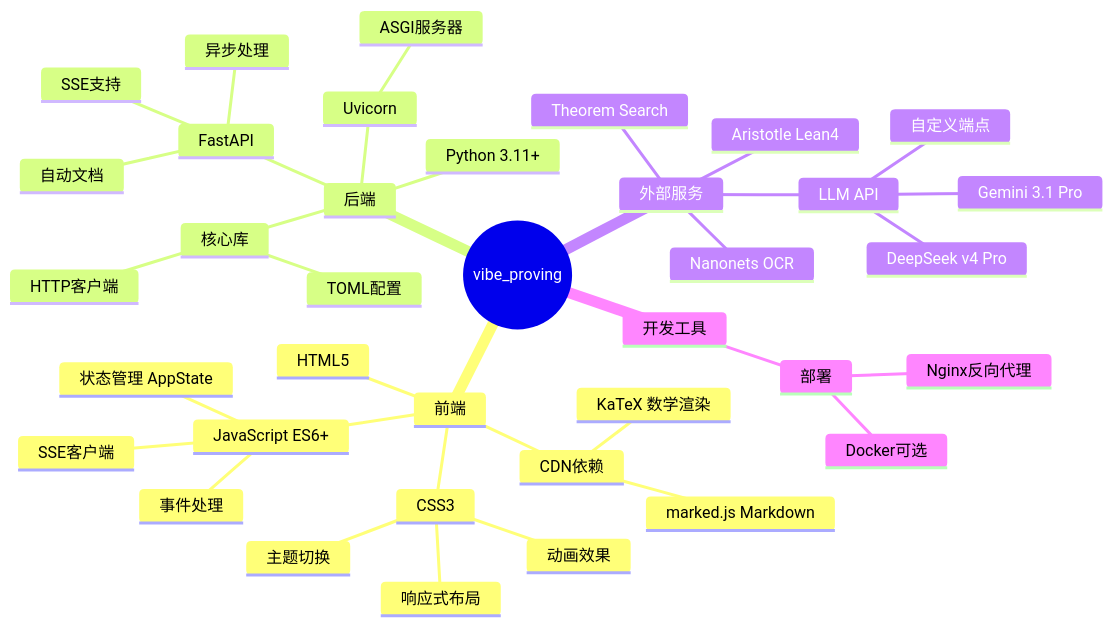
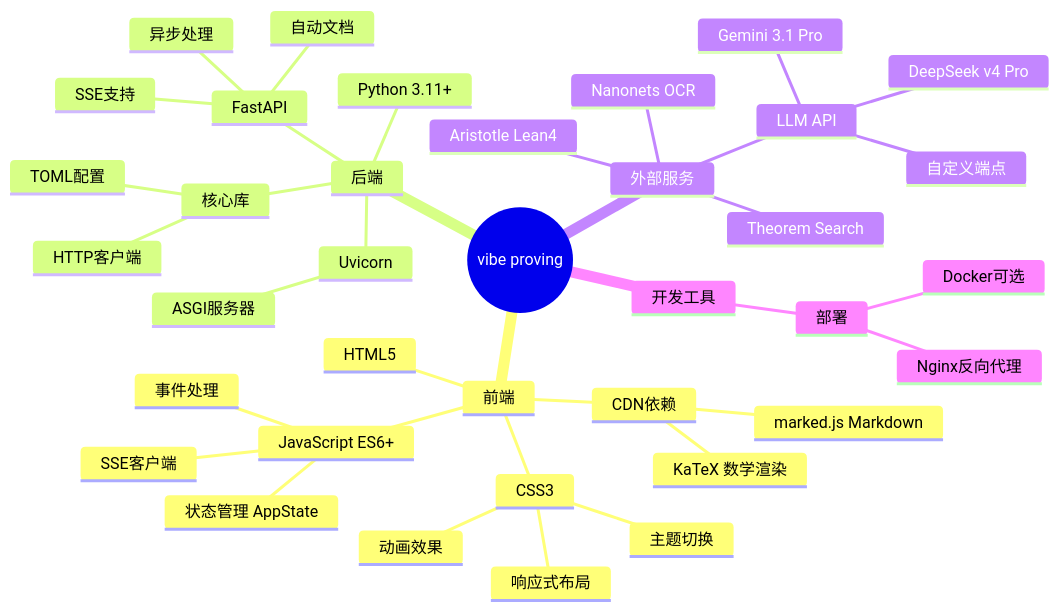
One commit to xkwxdyy/vibe-proving-math changed the diagram in README.zh.md. Above: the diagram before and after it, drawn with Mermaid. The commit also changed other lines of this file and 6 other files, not shown here.

````diff
--- a/README.zh.md
+++ b/README.zh.md
@@ -194,40 +258,40 @@
 ```mermaid
 mindmap
-    root((vibe_proving))
+    root((vibe proving))
         前端
             HTML5
             CSS3
                 响应式布局
                 主题切换
                 动画效果
             JavaScript ES6+
                 状态管理 AppState
                 SSE客户端
                 事件处理
             CDN依赖
                 KaTeX 数学渲染
                 marked.js Markdown
         后端
             Python 3.11+
             FastAPI
                 异步处理
                 SSE支持
                 自动文档
             Uvicorn
                 ASGI服务器
             核心库
                 TOML配置
                 HTTP客户端
         外部服务
             LLM API
                 DeepSeek v4 Pro
                 Gemini 3.1 Pro
                 自定义端点
             Theorem Search
             Nanonets OCR
             Aristotle Lean4
         开发工具
             部署
                 Docker可选
                 Nginx反向代理
 ```
````
